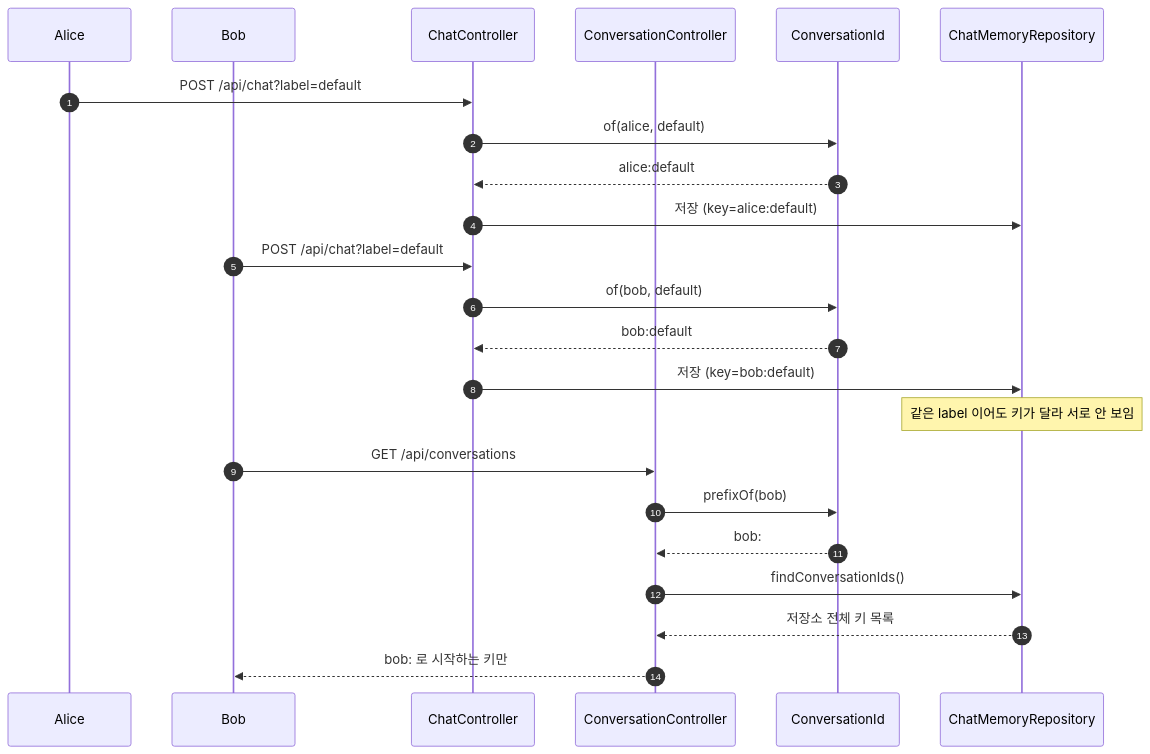
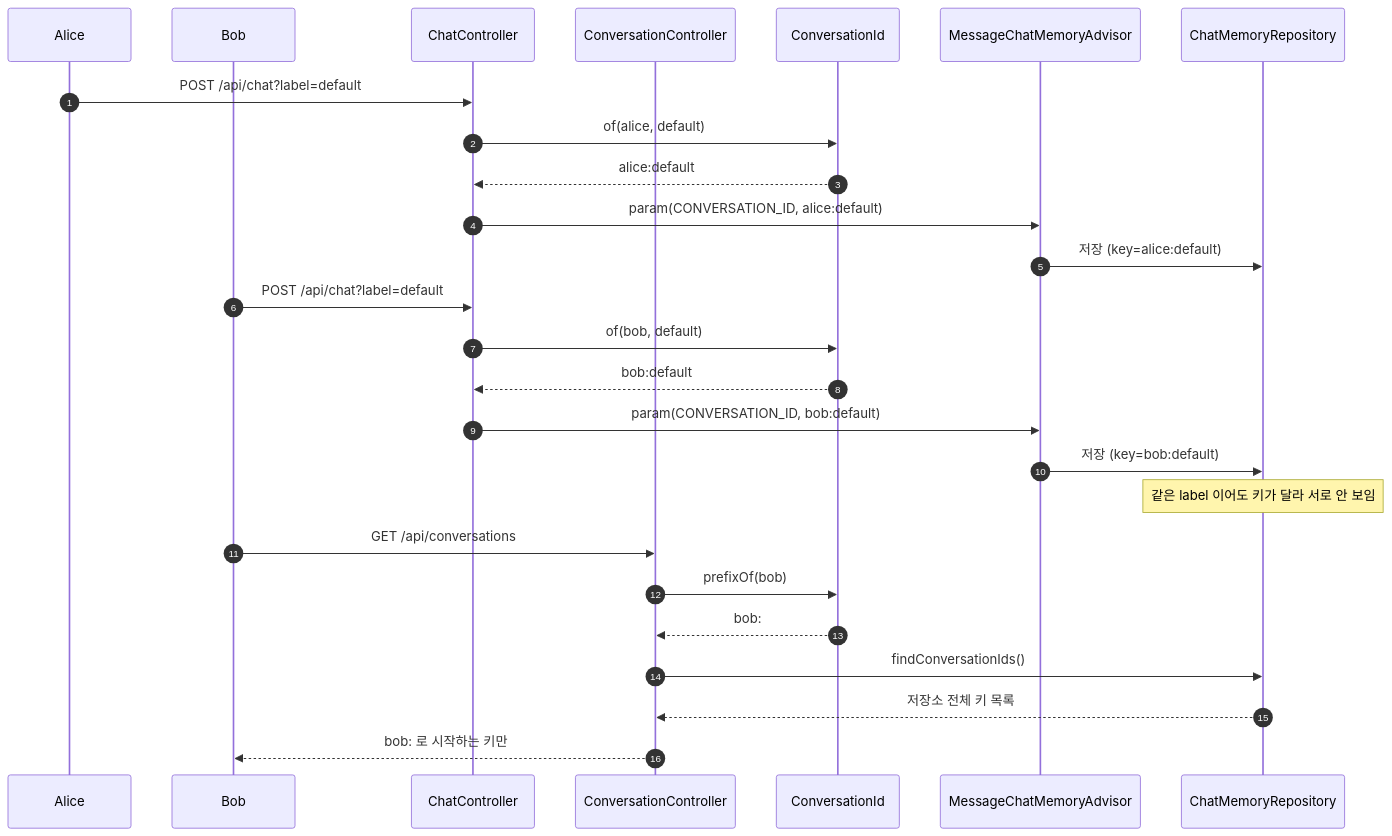
The second of 3 diagrams in practice/mcp-security-authn-chat-memory/SEQUENCES.md (starryeye/spring-ai), drawn with Mermaid before and after one commit. The commit also changed other lines of this file and 12 other files, not shown here.

````diff
--- a/practice/mcp-security-authn-chat-memory/SEQUENCES.md
+++ b/practice/mcp-security-authn-chat-memory/SEQUENCES.md
@@ -53,25 +53,28 @@
 ```mermaid
 sequenceDiagram
     autonumber
     participant AL as Alice
     participant BO as Bob
     participant CC as ChatController
     participant CV as ConversationController
     participant CID as ConversationId
+    participant MA as MessageChatMemoryAdvisor
     participant ST as ChatMemoryRepository
     AL->>CC: POST /api/chat?label=default
     CC->>CID: of(alice, default)
     CID-->>CC: alice:default
-    CC->>ST: 저장 (key=alice:default)
+    CC->>MA: param(CONVERSATION_ID, alice:default)
+    MA->>ST: 저장 (key=alice:default)
     BO->>CC: POST /api/chat?label=default
     CC->>CID: of(bob, default)
     CID-->>CC: bob:default
-    CC->>ST: 저장 (key=bob:default)
+    CC->>MA: param(CONVERSATION_ID, bob:default)
+    MA->>ST: 저장 (key=bob:default)
     Note over ST: 같은 label 이어도 키가 달라 서로 안 보임
     BO->>CV: GET /api/conversations
     CV->>CID: prefixOf(bob)
     CID-->>CV: bob:
     CV->>ST: findConversationIds()
     ST-->>CV: 저장소 전체 키 목록
     CV-->>BO: bob: 로 시작하는 키만
 ```
````
